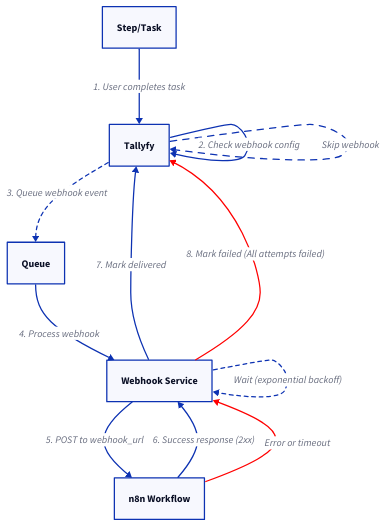
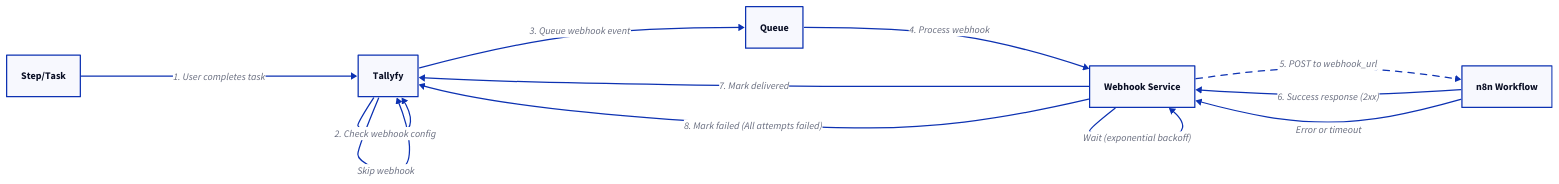
Before and after one commit to tallyfy/documentation: the second of 2 diagrams in src/content/docs/pro/integrations/middleware/n8n/connecting-n8n-to-tallyfy.mdx, drawn with D2. The commit also changed other lines of this file and 605 other files, not shown here.

````diff
--- a/src/content/docs/pro/integrations/middleware/n8n/connecting-n8n-to-tallyfy.mdx
+++ b/src/content/docs/pro/integrations/middleware/n8n/connecting-n8n-to-tallyfy.mdx
@@ -241,27 +244,31 @@
 ```d2
+direction: right
+
 S: Step/Task
 T: Tallyfy
 Q: Queue
 W: Webhook Service
 n8n: n8n Workflow
 
 S -> T: 1. User completes task
 T -> T: 2. Check webhook config
 
-T -> Q: "3. Queue webhook event" {style.stroke-dash: 3}
-T -> T: "Skip webhook" {style.stroke-dash: 5}
+T -> Q: "3. Queue webhook event" 
+T -> T: "Skip webhook" 
 
 Q -> W: 4. Process webhook
 
-W -> n8n: "5. POST to webhook_url"
+W -> n8n: "5. POST to webhook_url" {
+  style.animated: true
+}
 # Timeout: 30 seconds
 n8n -> W: "6. Success response (2xx)"
 W -> T: "7. Mark delivered"
 # Log success
-n8n -> W: "Error or timeout" {style.stroke: red}
-W -> W: "Wait (exponential backoff)" {style.stroke-dash: 3}
+n8n -> W: "Error or timeout" 
+W -> W: "Wait (exponential backoff)" 
 # 1st: 1min 2nd: 5min 3rd: 15min
 
-W -> T: "8. Mark failed (All attempts failed)" {style.stroke: red}
+W -> T: "8. Mark failed (All attempts failed)" 
 # Alert administrators
 ```
````
